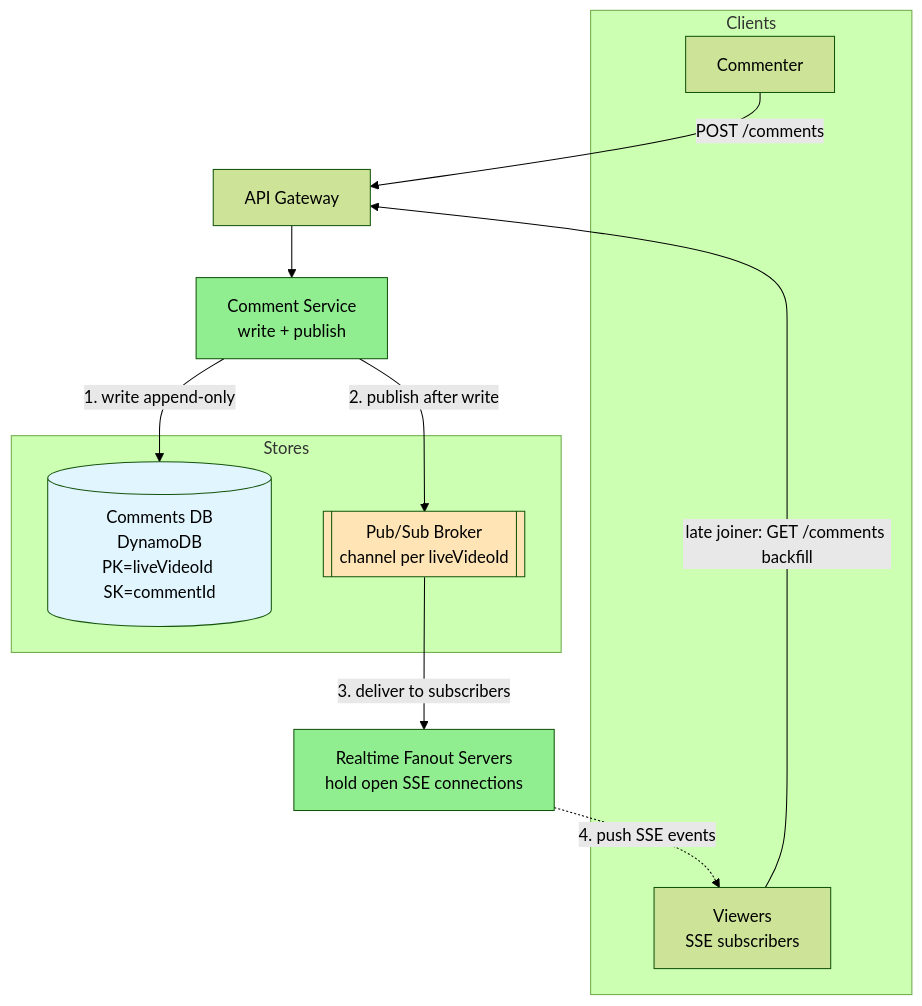
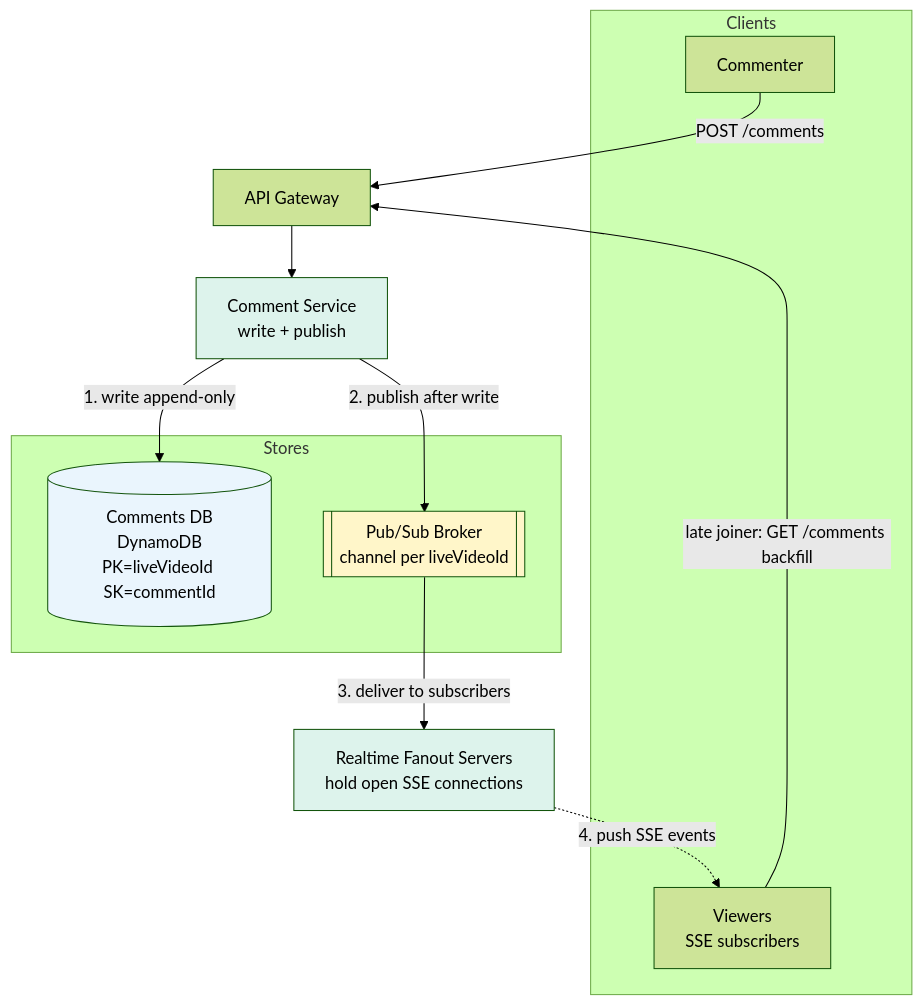
Before and after one commit to cartmancodes/InterviewVault: the first of 6 diagrams in LLD/questions/Design FB Live Comments.md, drawn with Mermaid (forest theme). The commit also changed other lines of this file and 679 other files, not shown here.

Commit message:
Unify content diagrams and add accessible visual walkthroughs

````diff
--- a/LLD/questions/Design FB Live Comments.md
+++ b/LLD/questions/Design FB Live Comments.md
@@ -123,30 +123,30 @@
 ```mermaid
 graph TB
     subgraph Clients
         CMT[Commenter]
         VW[Viewers<br/>SSE subscribers]
     end
 
     GW[API Gateway]
     CS[Comment Service<br/>write + publish]
 
     subgraph Stores
         DDB[(Comments DB<br/>DynamoDB<br/>PK=liveVideoId SK=commentId)]
         BROKER[[Pub/Sub Broker<br/>channel per liveVideoId]]
     end
 
     RT[Realtime Fanout Servers<br/>hold open SSE connections]
 
     CMT -->|POST /comments| GW
     GW --> CS
     CS -->|1. write append-only| DDB
     CS -->|2. publish after write| BROKER
     BROKER -->|3. deliver to subscribers| RT
     RT -.->|4. push SSE events| VW
     VW -->|late joiner: GET /comments backfill| GW
 
-    style DDB fill:#e1f5ff
-    style BROKER fill:#FFE4B5
-    style CS fill:#90EE90
-    style RT fill:#90EE90
+    style DDB fill:#EAF5FD
+    style BROKER fill:#FFF6C9
+    style CS fill:#DDF3EC
+    style RT fill:#DDF3EC
 ```
````
